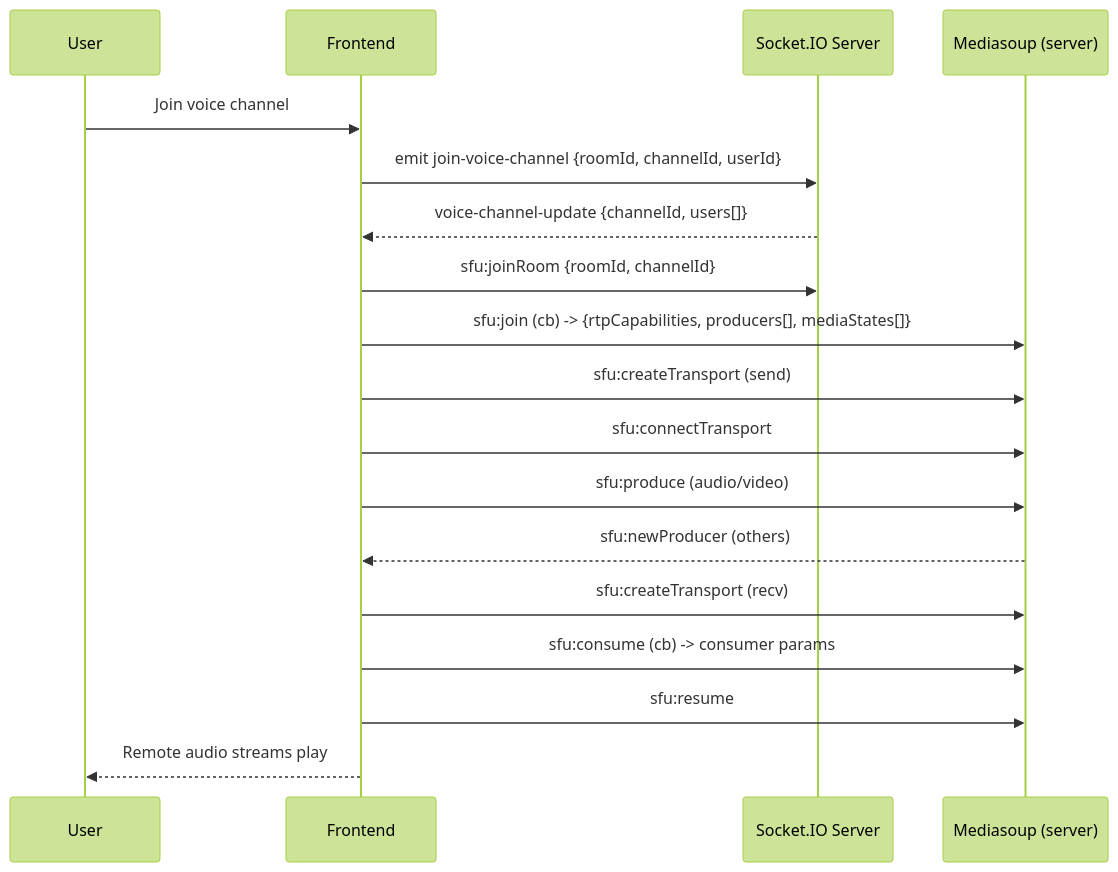
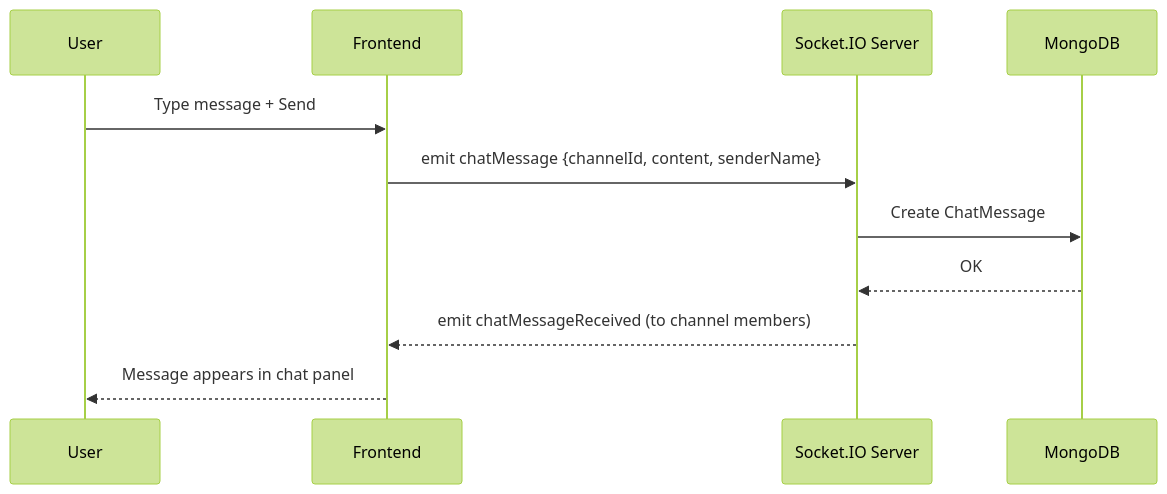
One commit to BanhVanTranPhat/gather3.0 changed the sixth of 7 diagrams in doc/SRS.md. Above: the diagram before and after it, drawn with Mermaid (forest theme). The commit also changed other lines of this file and 590 other files, not shown here.

````diff
--- a/doc/SRS.md
+++ b/doc/SRS.md
@@ -300,21 +369,14 @@
 ```mermaid
 sequenceDiagram
   participant U as User
   participant FE as Frontend
   participant RT as Socket.IO Server
-  participant SFU as Mediasoup (server)
+  participant DB as MongoDB
 
-  U->>FE: Join voice channel
-  FE->>RT: emit join-voice-channel {roomId, channelId, userId}
-  RT-->>FE: voice-channel-update {channelId, users[]}
-  FE->>RT: sfu:joinRoom {roomId, channelId}
-  FE->>SFU: sfu:join (cb) -> {rtpCapabilities, producers[], mediaStates[]}
-  FE->>SFU: sfu:createTransport (send)
-  FE->>SFU: sfu:connectTransport
-  FE->>SFU: sfu:produce (audio/video)
-  SFU-->>FE: sfu:newProducer (others)
-  FE->>SFU: sfu:createTransport (recv)
-  FE->>SFU: sfu:consume (cb) -> consumer params
-  FE->>SFU: sfu:resume
-  FE-->>U: Remote audio streams play
+  U->>FE: Type message + Send
+  FE->>RT: emit chatMessage {channelId, content, senderName}
+  RT->>DB: Create ChatMessage
+  DB-->>RT: OK
+  RT-->>FE: emit chatMessageReceived (to channel members)
+  FE-->>U: Message appears in chat panel
 ```
````
